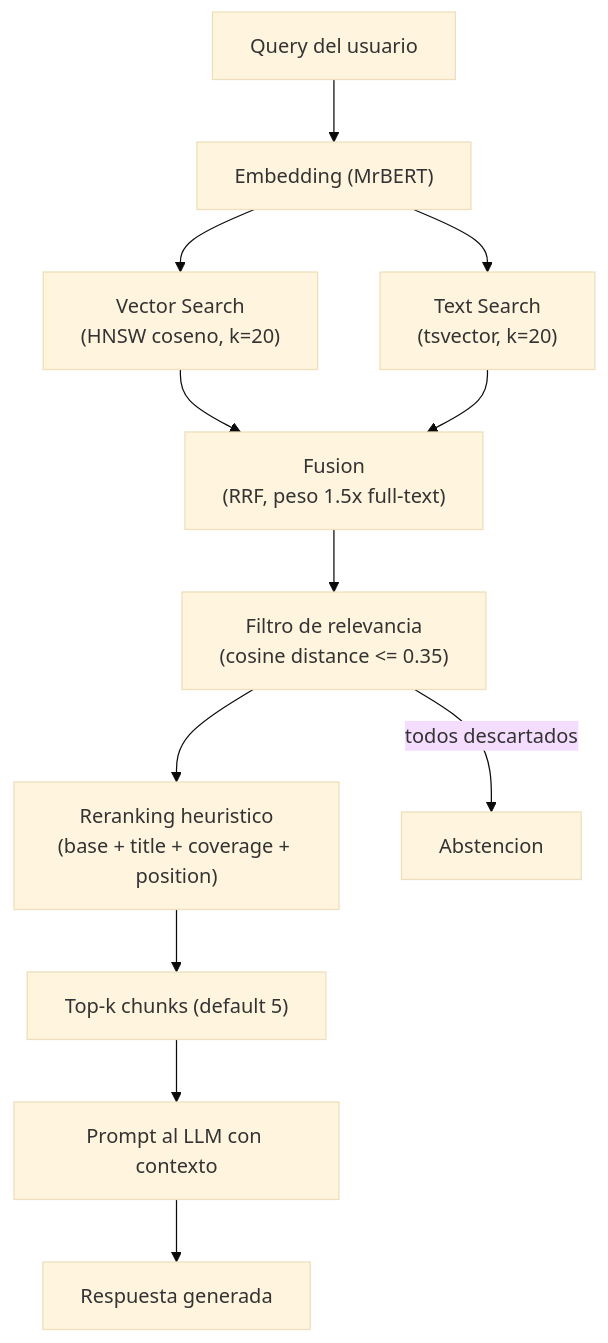
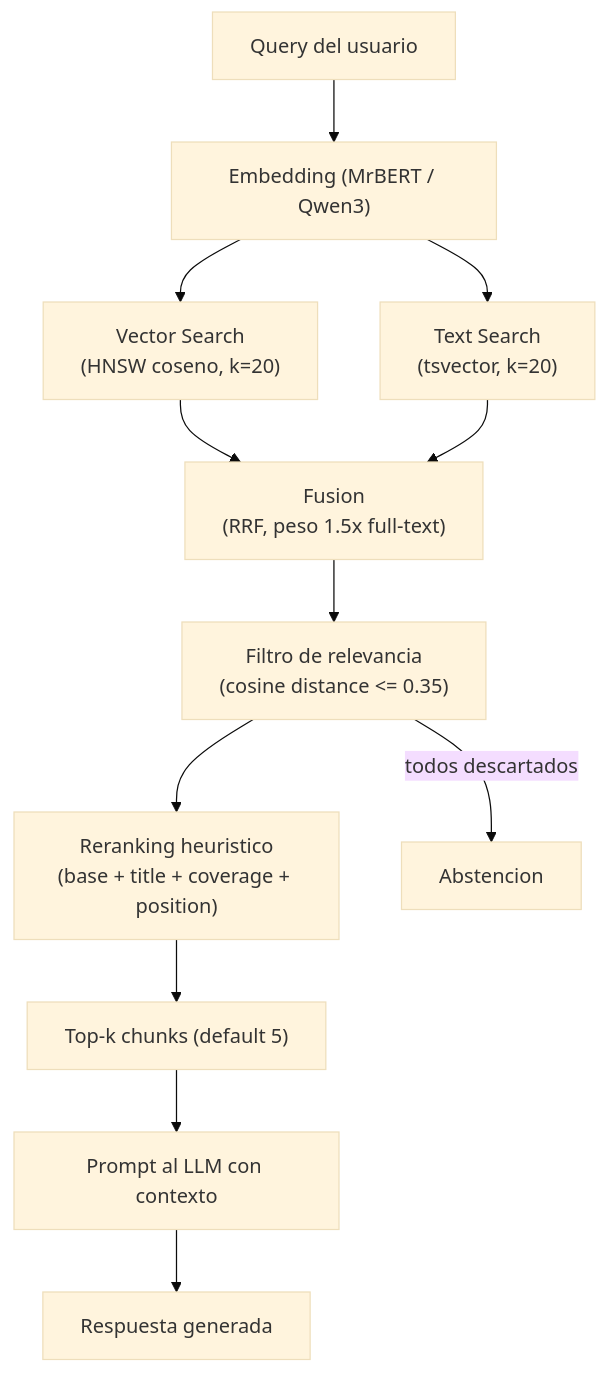
One commit to sinai-uja/ALIA-demo-patrimonio changed the second of 2 diagrams in backend/docs/DATA_MODEL.md. Above: the diagram before and after it, drawn with Mermaid (base theme). The commit also changed other lines of this file and 4 other files, not shown here.

````diff
--- a/backend/docs/DATA_MODEL.md
+++ b/backend/docs/DATA_MODEL.md
@@ -290,12 +291,12 @@
 ```mermaid
 flowchart TD
-    Q["Query del usuario"] --> EMB["Embedding (MrBERT)"]
+    Q["Query del usuario"] --> EMB["Embedding (MrBERT / Qwen3)"]
     EMB --> VS["Vector Search\n(HNSW coseno, k=20)"] & TS["Text Search\n(tsvector, k=20)"]
     VS & TS --> FUS["Fusion\n(RRF, peso 1.5x full-text)"]
     FUS --> FIL["Filtro de relevancia\n(cosine distance <= 0.35)"]
     FIL --> RRK["Reranking heuristico\n(base + title + coverage + position)"]
     RRK --> TOP["Top-k chunks (default 5)"]
     TOP --> LLM["Prompt al LLM con contexto"]
     LLM --> RES["Respuesta generada"]
     FIL -- "todos descartados" --> ABS["Abstencion"]
 ```
````
